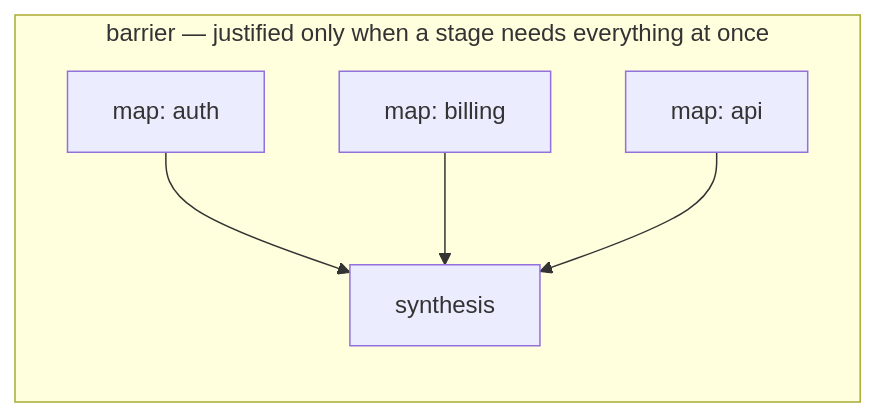
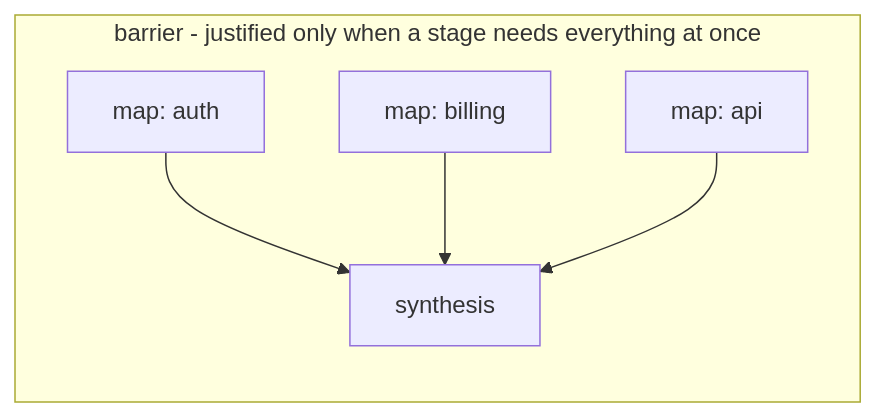
One commit to gshepptech/the-tavern changed the second of 2 diagrams in plugins/tactician/README.md. Above: the diagram before and after it, drawn with Mermaid. The commit also changed other lines of this file and 10 other files, not shown here.

````diff
--- a/plugins/tactician/README.md
+++ b/plugins/tactician/README.md
@@ -89,9 +89,9 @@
 ```mermaid
 flowchart TB
-    subgraph Barrier[barrier — justified only when a stage needs everything at once]
+    subgraph Barrier[barrier - justified only when a stage needs everything at once]
         direction TB
         M1[map: auth] --> S[synthesis]
         M2[map: billing] --> S
         M3[map: api] --> S
     end
 ```
````
